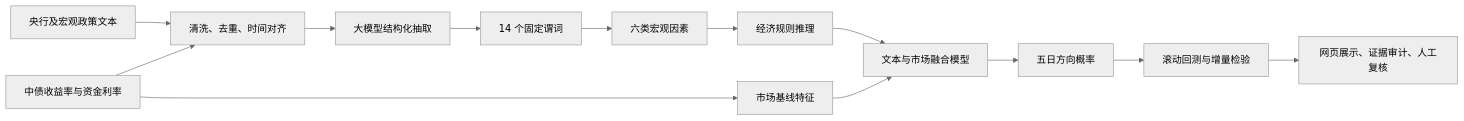
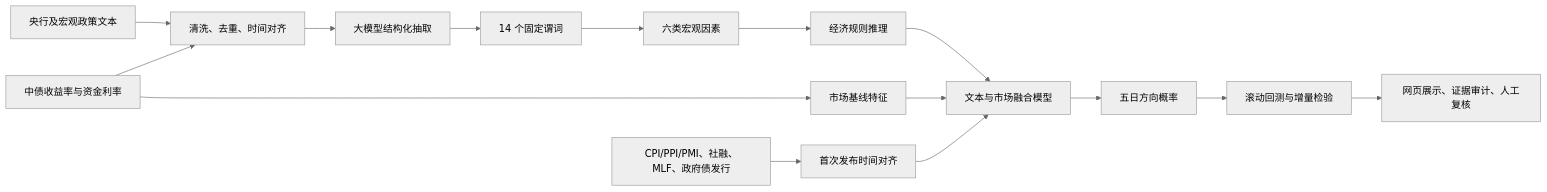
One commit to chiiiiiiing/Gonghangbei changed the diagram in 完整说明文档.md. Above: the diagram before and after it, drawn with Mermaid (neutral theme). The commit also changed other lines of this file and 32 other files, not shown here.

````diff
--- a/完整说明文档.md
+++ b/完整说明文档.md
@@ -27,15 +27,17 @@
 ```mermaid
 flowchart LR
     A[央行及宏观政策文本] --> C[清洗、去重、时间对齐]
     B[中债收益率与资金利率] --> C
+    S[CPI/PPI/PMI、社融、MLF、政府债发行] --> T[首次发布时间对齐]
     C --> D[大模型结构化抽取]
     D --> E[14 个固定谓词]
     E --> F[六类宏观因素]
     F --> G[经济规则推理]
     B --> H[市场基线特征]
     G --> I[文本与市场融合模型]
     H --> I
+    T --> I
     I --> J[五日方向概率]
     J --> K[滚动回测与增量检验]
     K --> L[网页展示、证据审计、人工复核]
 ```
````
